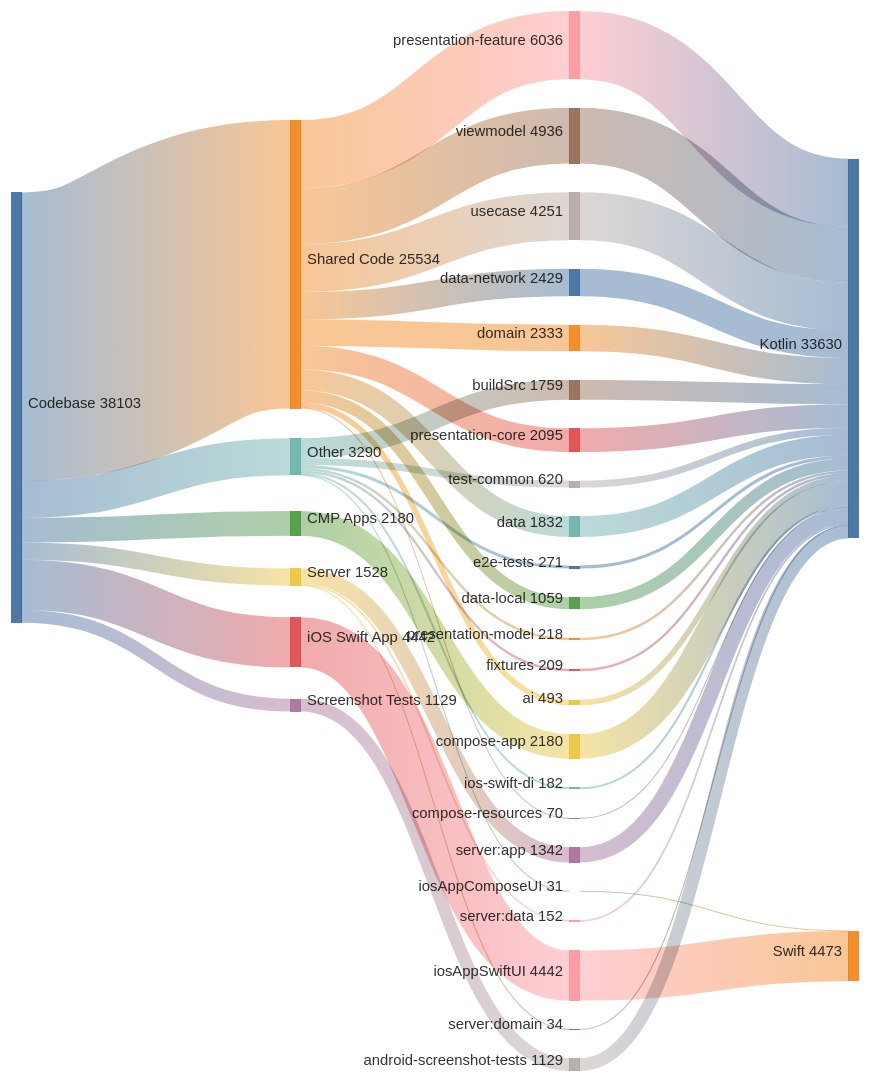
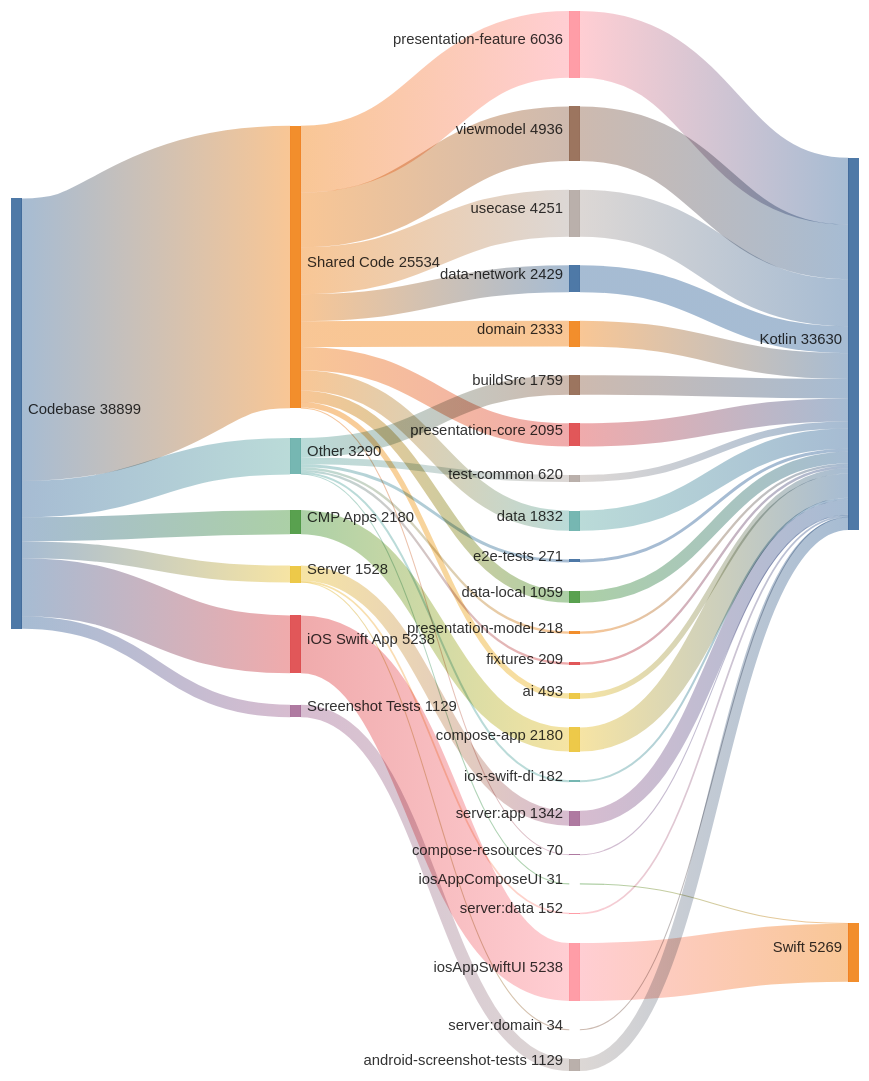
One commit to cartland/battery-butler changed the second of 2 diagrams in README.md. Above: the diagram before and after it, drawn with Mermaid. The commit also changed 2 other files, not shown here.

Commit message:
docs(generated): Regenerate architecture diagrams and analysis (#975)

````diff
--- a/README.md
+++ b/README.md
@@ -162,73 +162,73 @@
 ```mermaid
 ---
 config:
   sankey:
     showValues: true
     width: 800
     height: 1000
     nodeAlignment: justify
     linkColor: gradient
 ---
 %% GENERATED FILE - DO NOT EDIT
 sankey-beta
 
 Codebase,Shared Code,25534
-Codebase,iOS Swift App,4442
+Codebase,iOS Swift App,5238
 Codebase,Other,3290
 Codebase,CMP Apps,2180
 Codebase,Server,1528
 Codebase,Screenshot Tests,1129
 
 Shared Code,presentation-feature,6036
 Shared Code,viewmodel,4936
 Shared Code,usecase,4251
 Shared Code,data-network,2429
 Shared Code,domain,2333
 Shared Code,presentation-core,2095
 Shared Code,data,1832
 Shared Code,data-local,1059
 Shared Code,ai,493
 Shared Code,compose-resources,70
 
-iOS Swift App,iosAppSwiftUI,4442
+iOS Swift App,iosAppSwiftUI,5238
 
 Other,buildSrc,1759
 Other,test-common,620
 Other,e2e-tests,271
 Other,presentation-model,218
 Other,fixtures,209
 Other,ios-swift-di,182
 Other,iosAppComposeUI,31
 
 CMP Apps,compose-app,2180
 
 Server,server:app,1342
 Server,server:data,152
 Server,server:domain,34
 
 Screenshot Tests,android-screenshot-tests,1129
 
 presentation-feature,Kotlin,6036
+iosAppSwiftUI,Swift,5238
 viewmodel,Kotlin,4936
-iosAppSwiftUI,Swift,4442
 usecase,Kotlin,4251
 data-network,Kotlin,2429
 domain,Kotlin,2333
 compose-app,Kotlin,2180
 presentation-core,Kotlin,2095
 data,Kotlin,1832
 buildSrc,Kotlin,1759
 server:app,Kotlin,1342
 android-screenshot-tests,Kotlin,1129
 data-local,Kotlin,1059
 test-common,Kotlin,620
 ai,Kotlin,493
 e2e-tests,Kotlin,271
 presentation-model,Kotlin,218
 fixtures,Kotlin,209
 ios-swift-di,Kotlin,182
 server:data,Kotlin,152
 compose-resources,Kotlin,70
 server:domain,Kotlin,34
 iosAppComposeUI,Swift,31
 ```
````
